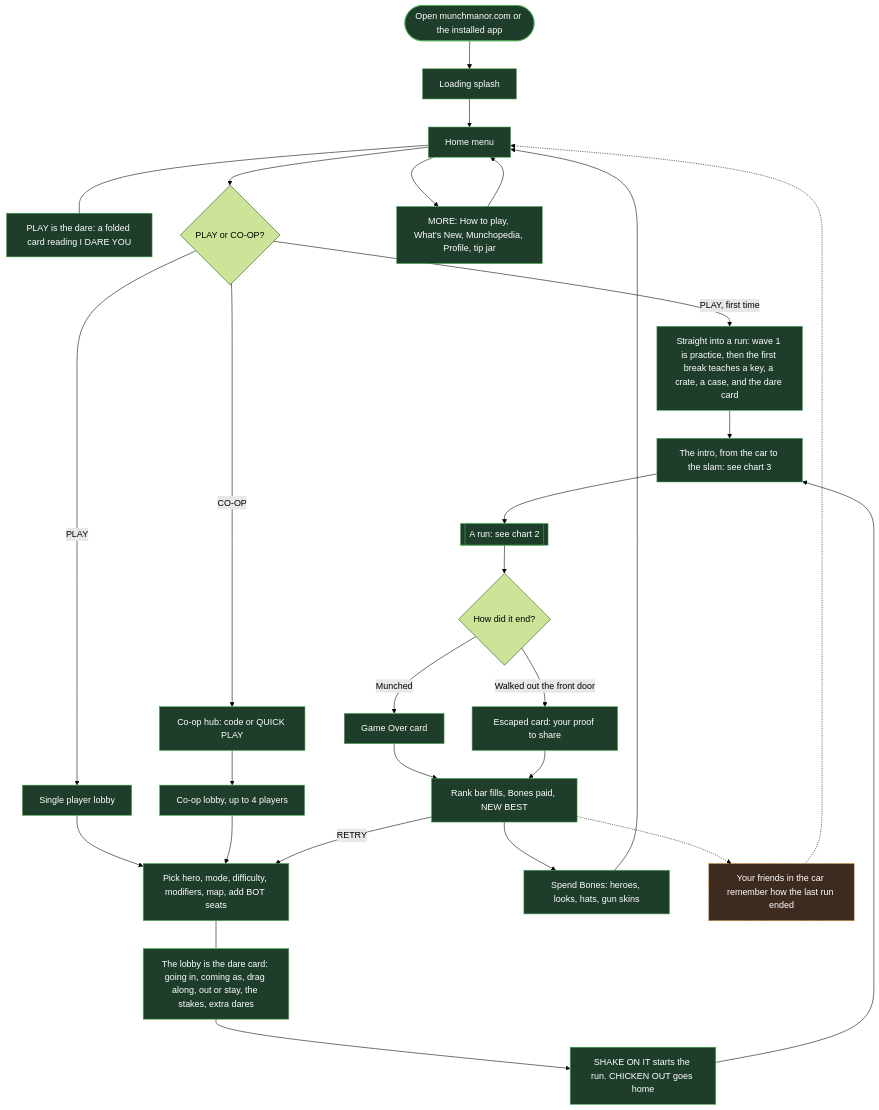
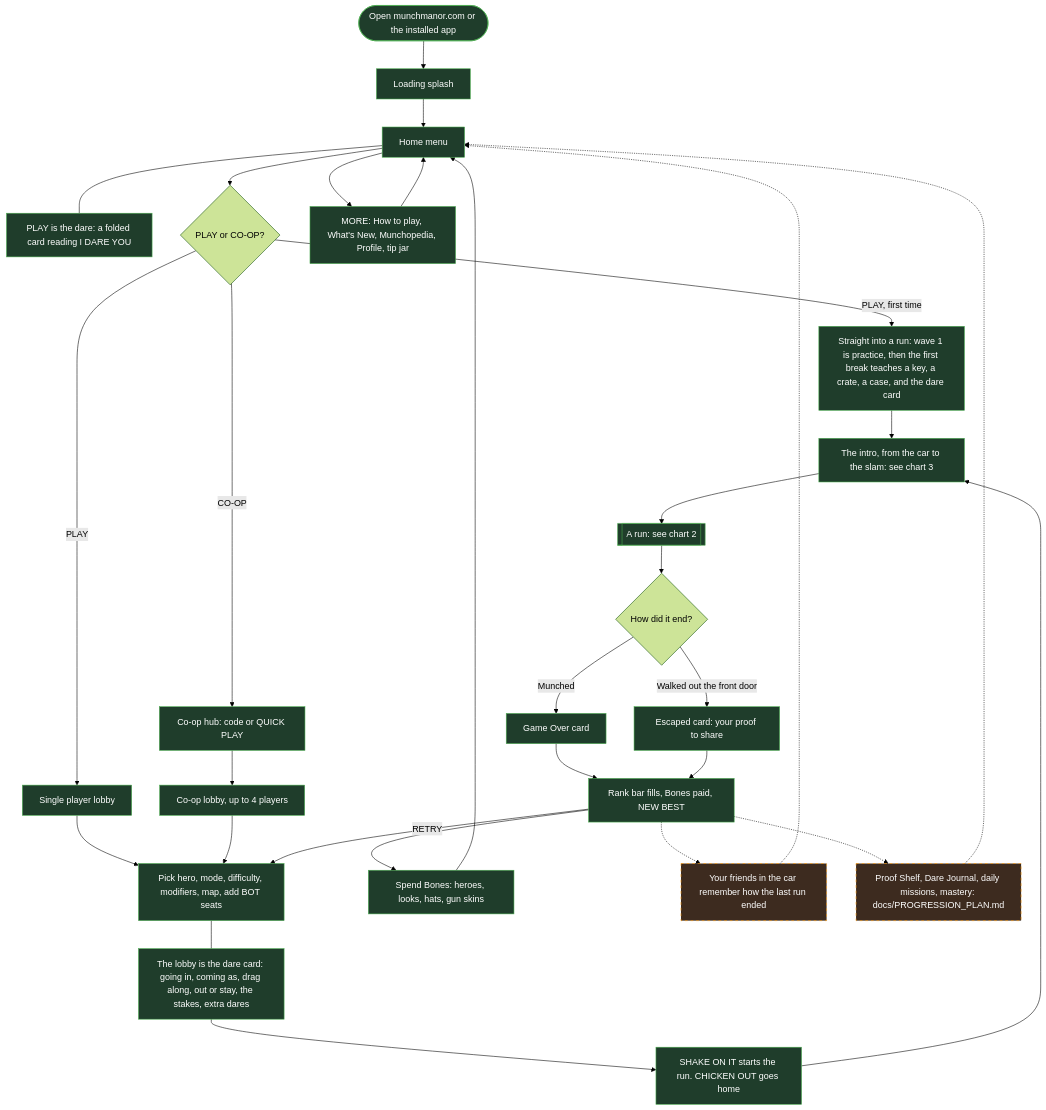
One commit to Tanner-Scadden/munch-manor changed the second of 7 diagrams in FLOW.md. Above: the diagram before and after it, drawn with Mermaid (forest theme). The commit also changed other lines of this file and 3 other files, not shown here.

First line of the commit message:
docs: the progression plan (#210)

````diff
--- a/FLOW.md
+++ b/FLOW.md
@@ -23,40 +23,42 @@
 ```mermaid
 flowchart TD
   link([Open munchmanor.com or the installed app]):::built --> splash[Loading splash]:::built
   splash --> home
   home --- dareArt[PLAY is the dare: a folded card reading I DARE YOU]:::built
 
   home[Home menu]:::built --> playBtn{PLAY or CO-OP?}
   home --> more[MORE: How to play, What's New, Munchopedia, Profile, tip jar]:::built
   more --> home
 
   playBtn -->|PLAY, first time| tutorial[Straight into a run: wave 1 is practice, then the first break teaches a key, a crate, a case, and the dare card]:::built
   playBtn -->|PLAY| lobby[Single player lobby]:::built
   playBtn -->|CO-OP| coop[Co-op hub: code or QUICK PLAY]:::built
 
   lobby --> picks[Pick hero, mode, difficulty, modifiers, map, add BOT seats]:::built
   coop --> coopLobby[Co-op lobby, up to 4 players]:::built
   coopLobby --> picks
 
   picks --- dareCard[The lobby is the dare card: going in, coming as, drag along, out or stay, the stakes, extra dares]:::built
   dareCard --> shake[SHAKE ON IT starts the run. CHICKEN OUT goes home]:::built
   shake --> intro[The intro, from the car to the slam: see chart 3]:::built
   intro --> run[[A run: see chart 2]]:::built
   tutorial --> intro
 
   run --> ended{How did it end?}
   ended -->|Munched| gameOver[Game Over card]:::built
   ended -->|Walked out the front door| escaped[Escaped card: your proof to share]:::built
 
   gameOver --> reward[Rank bar fills, Bones paid, NEW BEST]:::built
   escaped --> reward
 
   reward --> spend[Spend Bones: heroes, looks, hats, gun skins]:::built
   reward -.-> rattlesMemory[Your friends in the car remember how the last run ended]:::proposed
+  reward -.-> shelf[Proof Shelf, Dare Journal, daily missions, mastery: docs/PROGRESSION_PLAN.md]:::proposed
+  shelf -.-> home
   spend --> home
   rattlesMemory -.-> home
   reward -->|RETRY| picks
 
   classDef built fill:#1f3d2b,stroke:#4caf50,color:#fff
   classDef proposed fill:#3d2b1f,stroke:#ff9800,color:#fff,stroke-dasharray: 5 5
 ```
````
